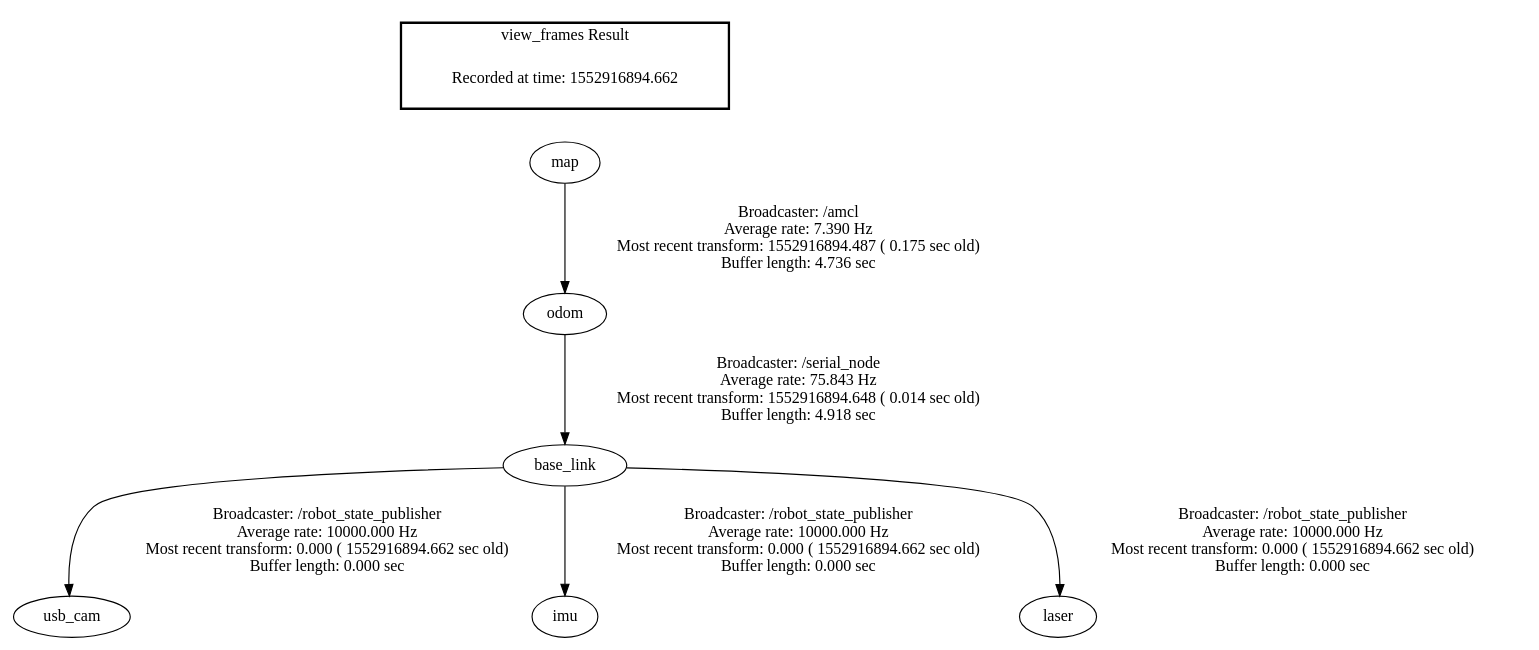
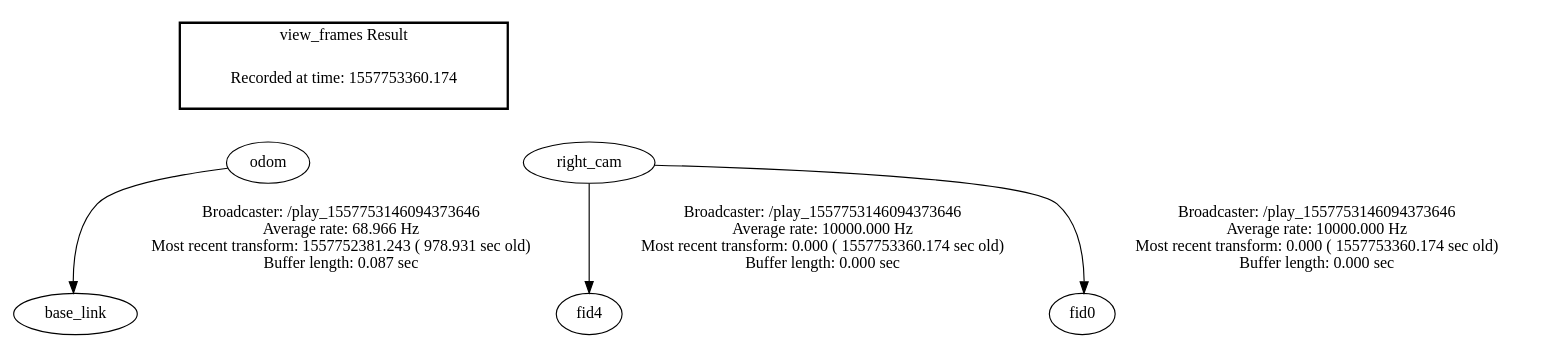
One commit to ElliWhite/proj515_ws changed the diagram in frames.gv. Above: the diagram before and after it, drawn with Graphviz. The commit also changed 1137 other files, not shown here.

```diff
--- a/frames.gv
+++ b/frames.gv
@@ -1,11 +1,13 @@
 digraph G {
-"base_link" -> "usb_cam"[label="Broadcaster: /robot_state_publisher\nAverage rate: 10000.000 Hz\nMost recent transform: 0.000 ( 1552916894.662 sec old)\nBuffer length: 0.000 sec\n"];
-"odom" -> "base_link"[label="Broadcaster: /serial_node\nAverage rate: 75.843 Hz\nMost recent transform: 1552916894.648 ( 0.014 sec old)\nBuffer length: 4.918 sec\n"];
-"base_link" -> "imu"[label="Broadcaster: /robot_state_publisher\nAverage rate: 10000.000 Hz\nMost recent transform: 0.000 ( 1552916894.662 sec old)\nBuffer length: 0.000 sec\n"];
-"base_link" -> "laser"[label="Broadcaster: /robot_state_publisher\nAverage rate: 10000.000 Hz\nMost recent transform: 0.000 ( 1552916894.662 sec old)\nBuffer length: 0.000 sec\n"];
-"map" -> "odom"[label="Broadcaster: /amcl\nAverage rate: 7.390 Hz\nMost recent transform: 1552916894.487 ( 0.175 sec old)\nBuffer length: 4.736 sec\n"];
+"odom" -> "base_link"[label="Broadcaster: /play_1557753146094373646\nAverage rate: 68.966 Hz\nMost recent transform: 1557752381.243 ( 978.931 sec old)\nBuffer length: 0.087 sec\n"];
+"right_cam" -> "fid4"[label="Broadcaster: /play_1557753146094373646\nAverage rate: 10000.000 Hz\nMost recent transform: 0.000 ( 1557753360.174 sec old)\nBuffer length: 0.000 sec\n"];
+"right_cam" -> "fid0"[label="Broadcaster: /play_1557753146094373646\nAverage rate: 10000.000 Hz\nMost recent transform: 0.000 ( 1557753360.174 sec old)\nBuffer length: 0.000 sec\n"];
 edge [style=invis];
  subgraph cluster_legend { style=bold; color=black; label ="view_frames Result";
-"Recorded at time: 1552916894.662"[ shape=plaintext ] ;
- }->"map";
+"Recorded at time: 1557753360.174"[ shape=plaintext ] ;
+ }->"odom";
+edge [style=invis];
+ subgraph cluster_legend { style=bold; color=black; label ="view_frames Result";
+"Recorded at time: 1557753360.174"[ shape=plaintext ] ;
+ }->"right_cam";
 }
```
